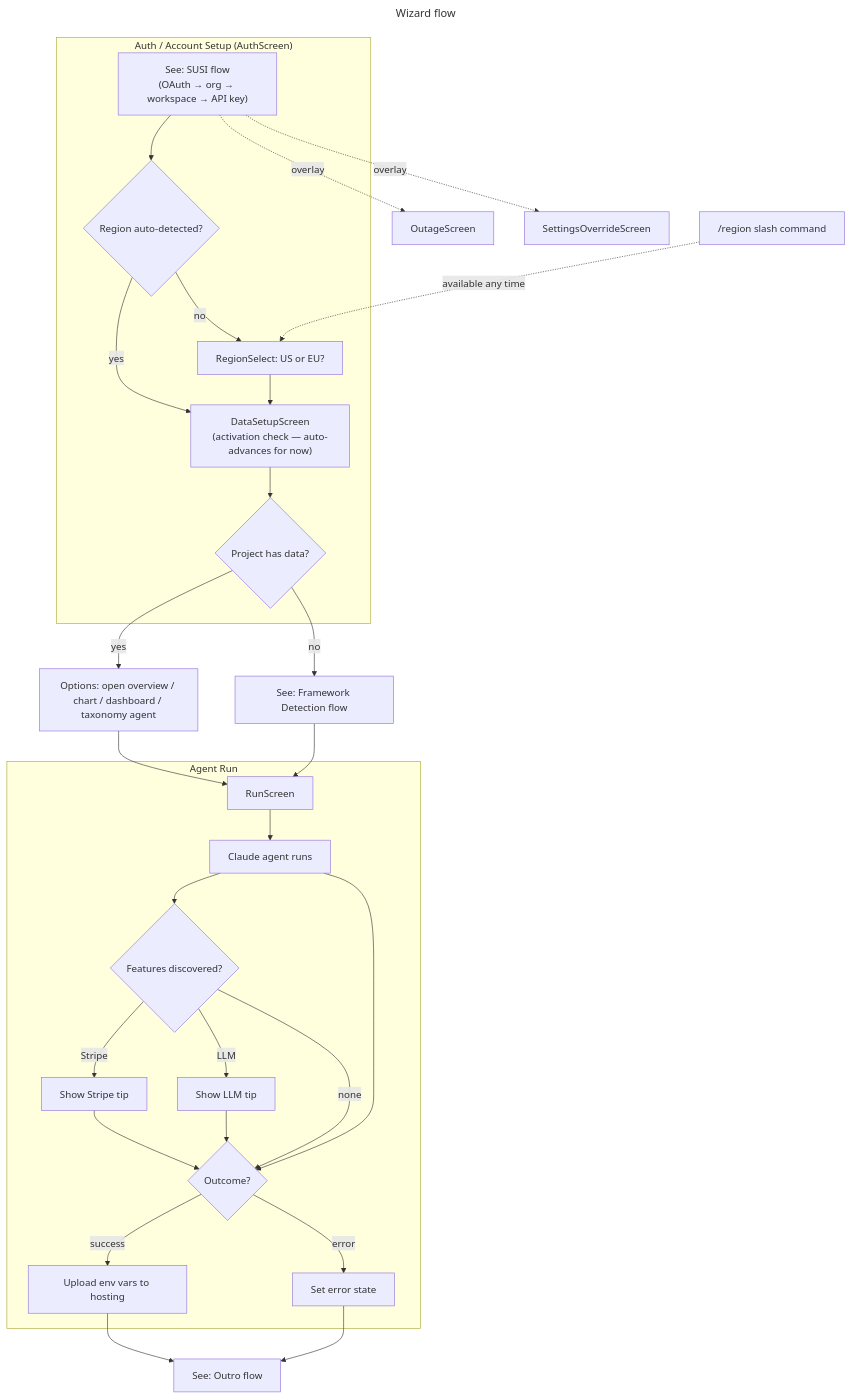
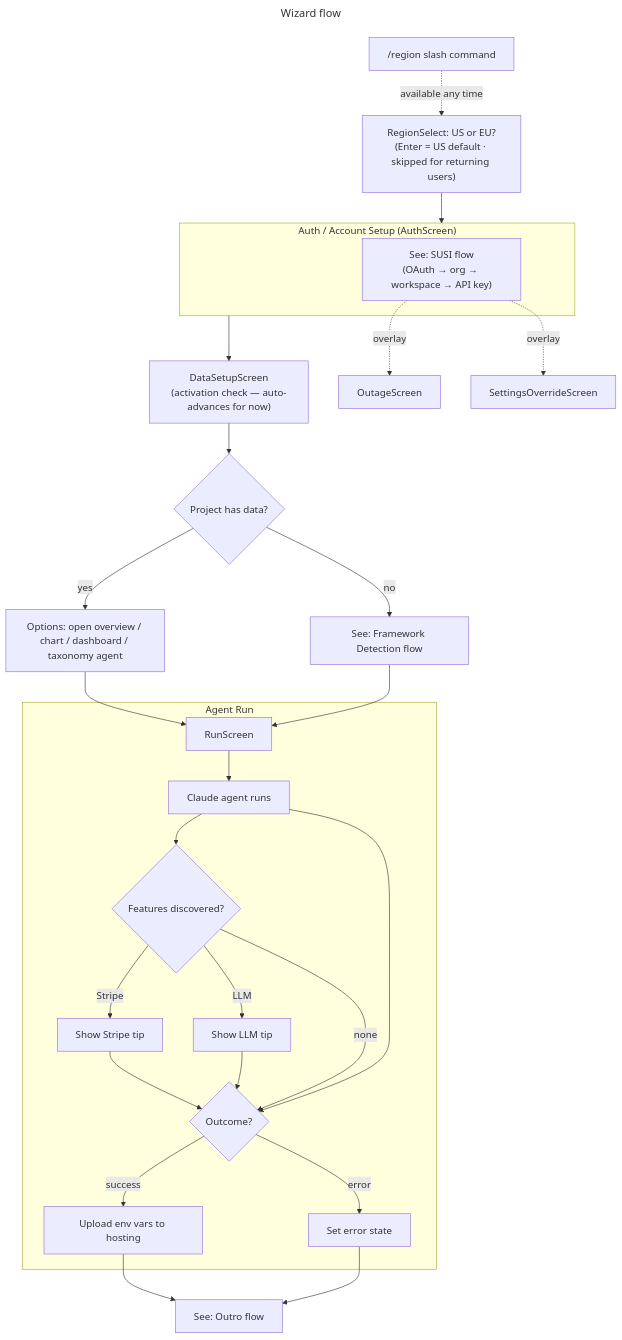
Before and after one commit to amplitude/wizard: the diagram in docs/diagrams/wizard-flow.mmd, drawn with Mermaid. The commit also changed 10 other files, not shown here.

First line of the commit message:
Ask for region before OAuth so the correct auth endpoint is used

```diff
--- a/docs/diagrams/wizard-flow.mmd
+++ b/docs/diagrams/wizard-flow.mmd
@@ -1,37 +1,38 @@
 ---
 title: Wizard flow
 ---
 flowchart TD
+    REGION_SELECT["RegionSelect: US or EU?<br/>(Enter = US default · skipped for returning users)"]
+    REGION_SELECT --> AUTH
+
     subgraph AUTH ["Auth / Account Setup (AuthScreen)"]
         SUSI["See: SUSI flow<br/>(OAuth → org → workspace → API key)"]
-        SUSI --> REGION_CHECK{Region auto-detected?}
-        REGION_CHECK -->|yes| DATA_SETUP
-        REGION_CHECK -->|no| REGION_SELECT["RegionSelect: US or EU?"]
-        REGION_SELECT --> DATA_SETUP["DataSetupScreen<br/>(activation check — auto-advances for now)"]
-        DATA_SETUP --> DATA_CHECK{Project has data?}
     end
+
+    AUTH --> DATA_SETUP["DataSetupScreen<br/>(activation check — auto-advances for now)"]
+    DATA_SETUP --> DATA_CHECK{Project has data?}
 
     DATA_CHECK -->|no| FRAMEWORK["See: Framework Detection flow"]
     DATA_CHECK -->|yes| OPTIONS["Options: open overview / chart / dashboard / taxonomy agent"]
 
     OPTIONS --> RUN
     FRAMEWORK --> RUN
 
     SLASH_REGION["/region slash command"] -. available any time .-> REGION_SELECT
 
     subgraph AGENT_RUN ["Agent Run"]
         RUN["RunScreen"] --> AGENT["Claude agent runs"]
         AGENT --> FEATURES{Features discovered?}
         FEATURES -->|Stripe| STRIPE_TIP["Show Stripe tip"] --> OUTCOME
         FEATURES -->|LLM| LLM_TIP["Show LLM tip"] --> OUTCOME
         FEATURES -->|none| OUTCOME
         AGENT --> OUTCOME{Outcome?}
         OUTCOME -->|success| POST["Upload env vars to hosting"]
         OUTCOME -->|error| ERR["Set error state"]
     end
 
     POST --> OUTRO["See: Outro flow"]
     ERR --> OUTRO
 
     SUSI -. overlay .-> OUTAGE["OutageScreen"]
     SUSI -. overlay .-> SETTINGS_OVR["SettingsOverrideScreen"]
```
